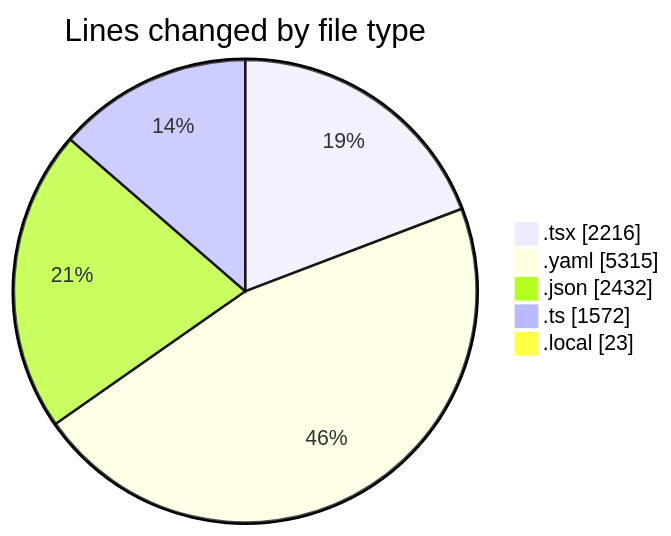
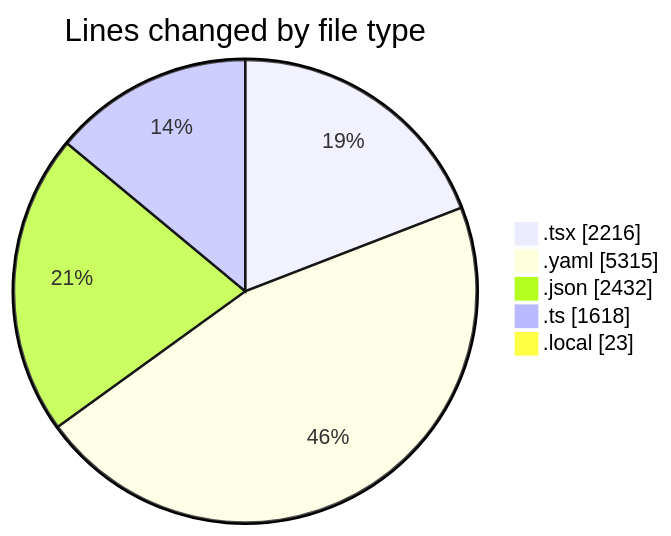
Before and after one commit to julien-gomy/code-tracking: the first of 2 diagrams in 2025-11-07/eventscop-frontend-guide__workspace_/README.md, drawn with Mermaid. The commit also changed other lines of this file and 1 other file, not shown here.

````diff
--- a/2025-11-07/eventscop-frontend-guide__workspace_/README.md
+++ b/2025-11-07/eventscop-frontend-guide__workspace_/README.md
@@ -52,9 +53,9 @@
 ```mermaid
 pie showData
 title Lines changed by file type
 ".tsx" : 2216
 ".yaml" : 5315
 ".json" : 2432
-".ts" : 1572
+".ts" : 1618
 ".local" : 23
 ```
````
